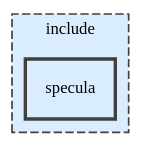
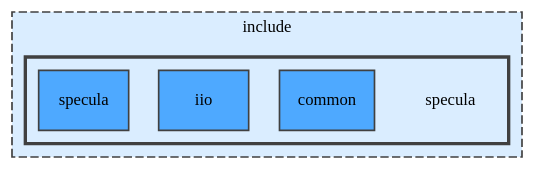
The diagram in dir_26db96966dabc582ccddf970f4208118_dep.dot (LuxAter/Specula), drawn with Graphviz before and after one commit. The commit also changed 154 other files, not shown here.

```diff
--- a/dir_26db96966dabc582ccddf970f4208118_dep.dot
+++ b/dir_26db96966dabc582ccddf970f4208118_dep.dot
@@ -1,12 +1,18 @@
 digraph "include/specula"
 {
  // LATEX_PDF_SIZE
   bgcolor="transparent";
   edge [fontname="Iosevka",fontsize="10",labelfontname="Iosevka",labelfontsize="10"];
   node [fontname="Iosevka",fontsize="10",shape=record];
   compound=true
   subgraph clusterdir_d44c64559bbebec7f509842c48db8b23 {
     graph [ bgcolor="#daedff", pencolor="grey25", style="filled,dashed,", label="include", fontname="Iosevka", fontsize="10", URL="dir_d44c64559bbebec7f509842c48db8b23.html"]
-  dir_26db96966dabc582ccddf970f4208118 [shape=box, label="specula", style="filled,bold,", fillcolor="#daedff", color="grey25", URL="dir_26db96966dabc582ccddf970f4208118.html"];
+  subgraph clusterdir_26db96966dabc582ccddf970f4208118 {
+    graph [ bgcolor="#daedff", pencolor="grey25", style="filled,bold,", label="", fontname="Iosevka", fontsize="10", URL="dir_26db96966dabc582ccddf970f4208118.html"]
+    dir_26db96966dabc582ccddf970f4208118 [shape=plaintext, label="specula"];
+  dir_75259a9b390e5394a742a74b57fe550b [shape=box, label="common", style="filled,", fillcolor="#4ea9ff", color="grey25", URL="dir_75259a9b390e5394a742a74b57fe550b.html"];
+  dir_fa57adb1c04edc376e40ec78072eef75 [shape=box, label="iio", style="filled,", fillcolor="#4ea9ff", color="grey25", URL="dir_fa57adb1c04edc376e40ec78072eef75.html"];
+  dir_b953b3ca7d5b81997ba869c39927009c [shape=box, label="specula", style="filled,", fillcolor="#4ea9ff", color="grey25", URL="dir_b953b3ca7d5b81997ba869c39927009c.html"];
+  }
   }
 }
```
